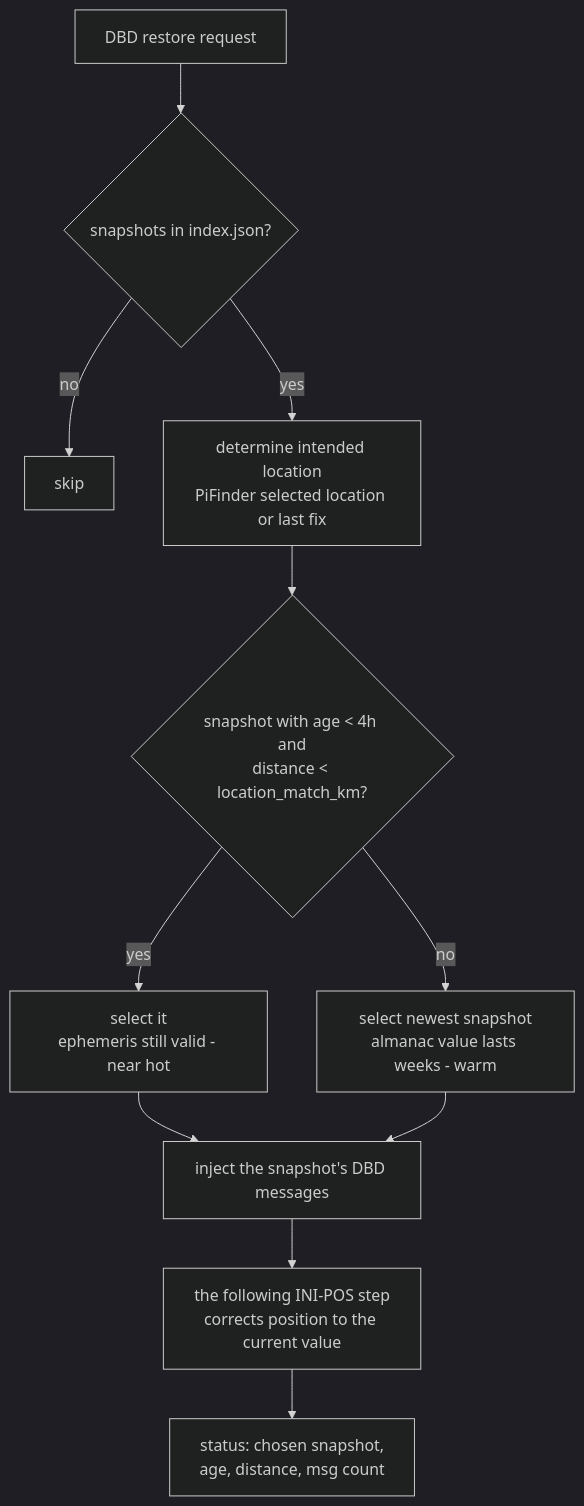
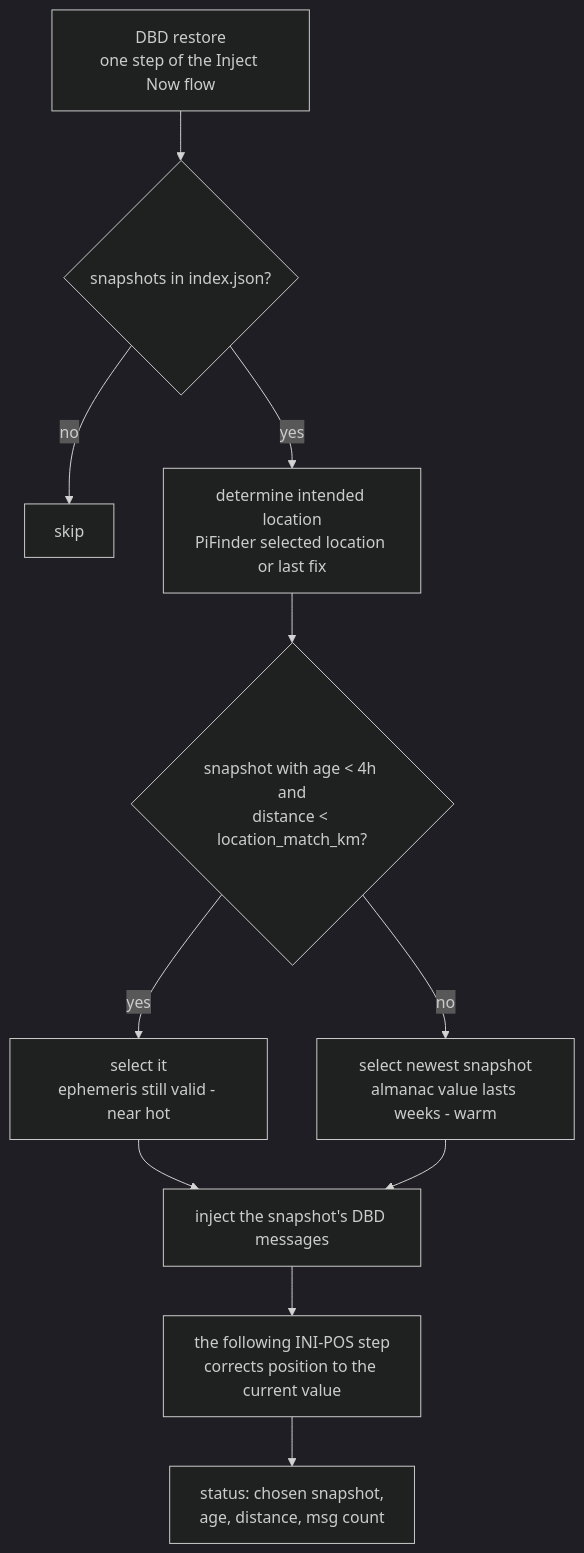
One commit to hjoungjoo/MF_PiFinder changed the fourth of 5 diagrams in docs/mf_gps_aiding_plan_en.md. Above: the diagram before and after it, drawn with Mermaid (dark theme). The commit also changed other lines of this file and 1 other file, not shown here.

First line of the commit message:
docs: GPS aiding injects only on user request, not at boot

````diff
--- a/docs/mf_gps_aiding_plan_en.md
+++ b/docs/mf_gps_aiding_plan_en.md
@@ -192,13 +200,13 @@
 ```mermaid
 flowchart TD
-    A[DBD restore request] --> B{snapshots in index.json?}
+    A[DBD restore<br/>one step of the Inject Now flow] --> B{snapshots in index.json?}
     B -->|no| Z[skip]
     B -->|yes| C[determine intended location<br/>PiFinder selected location or last fix]
     C --> D{snapshot with age < 4h and<br/>distance < location_match_km?}
     D -->|yes| E[select it<br/>ephemeris still valid - near hot]
     D -->|no| F[select newest snapshot<br/>almanac value lasts weeks - warm]
     E --> G[inject the snapshot's DBD messages]
     F --> G
     G --> H[the following INI-POS step<br/>corrects position to the current value]
     H --> I[status: chosen snapshot,<br/>age, distance, msg count]
 ```
````
